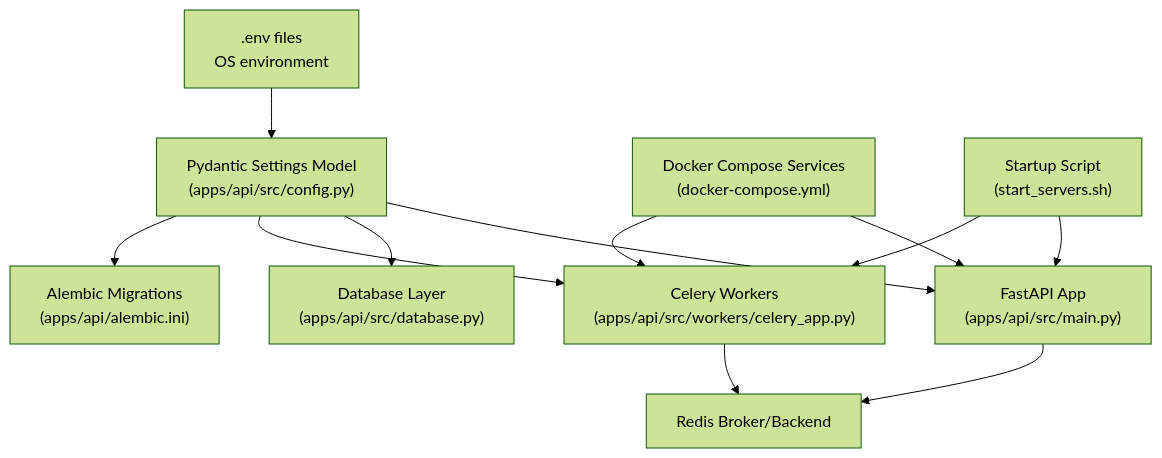
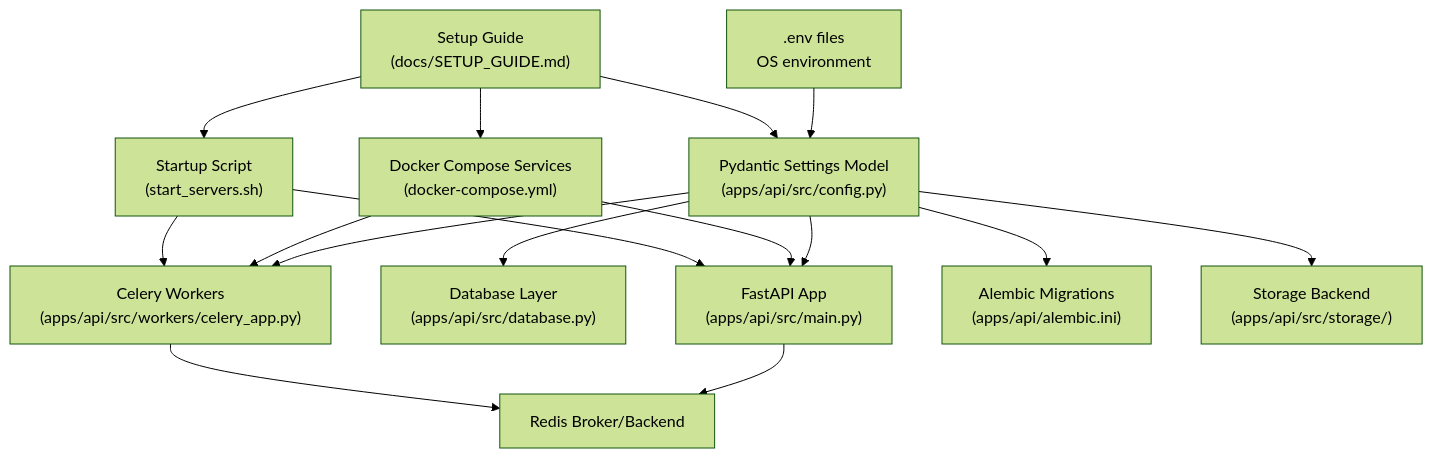
Before and after one commit to userisaziz/samaa-ai: the second of 6 diagrams in .qoder/repowiki/en/content/Configuration & Environment Management.md, drawn with Mermaid (forest theme). The commit also changed other lines of this file and 2 other files, not shown here.

````diff
--- a/.qoder/repowiki/en/content/Configuration & Environment Management.md
+++ b/.qoder/repowiki/en/content/Configuration & Environment Management.md
@@ -93,23 +124,29 @@
 ```mermaid
 graph TB
 ENV[".env files<br/>OS environment"]
 PYD["Pydantic Settings Model<br/>(apps/api/src/config.py)"]
 APP["FastAPI App<br/>(apps/api/src/main.py)"]
 DB["Database Layer<br/>(apps/api/src/database.py)"]
 REDIS["Redis Broker/Backend"]
 CELERY["Celery Workers<br/>(apps/api/src/workers/celery_app.py)"]
 ALEMBIC["Alembic Migrations<br/>(apps/api/alembic.ini)"]
 DOCKER["Docker Compose Services<br/>(docker-compose.yml)"]
 START["Startup Script<br/>(start_servers.sh)"]
+SETUP["Setup Guide<br/>(docs/SETUP_GUIDE.md)"]
+STORAGE["Storage Backend<br/>(apps/api/src/storage/)"]
 ENV --> PYD
 PYD --> APP
 PYD --> DB
 PYD --> CELERY
 PYD --> ALEMBIC
+PYD --> STORAGE
 DOCKER --> APP
 DOCKER --> CELERY
 START --> APP
 START --> CELERY
+SETUP --> PYD
+SETUP --> DOCKER
+SETUP --> START
 APP --> REDIS
 CELERY --> REDIS
 ```
````
